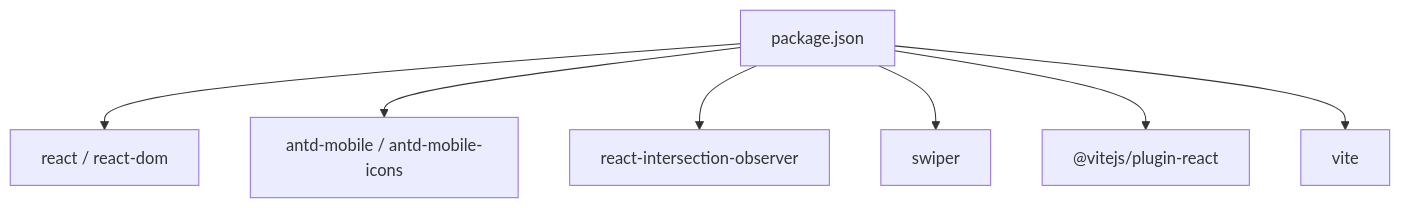
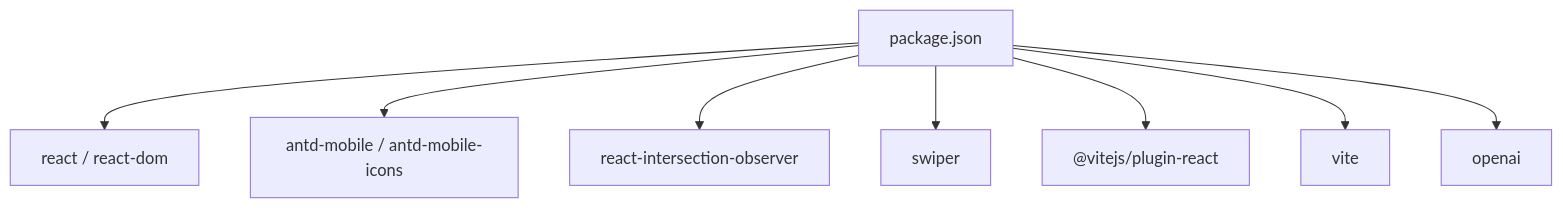
One commit to billye220670/newSquare changed the fifth of 5 diagrams in .qoder/repowiki/zh/content/开发指南/开发指南.md. Above: the diagram before and after it, drawn with Mermaid. The commit also changed other lines of this file and 7 other files, not shown here.

````diff
--- a/.qoder/repowiki/zh/content/开发指南/开发指南.md
+++ b/.qoder/repowiki/zh/content/开发指南/开发指南.md
@@ -203,9 +246,10 @@
 ```mermaid
 graph TB
 Pkg["package.json"] --> React["react / react-dom"]
 Pkg --> ADF["antd-mobile / antd-mobile-icons"]
 Pkg --> IO["react-intersection-observer"]
 Pkg --> Swp["swiper"]
 Pkg --> VR["@vitejs/plugin-react"]
 Pkg --> Vite["vite"]
+Pkg --> OpenAI["openai"]
 ```
````
